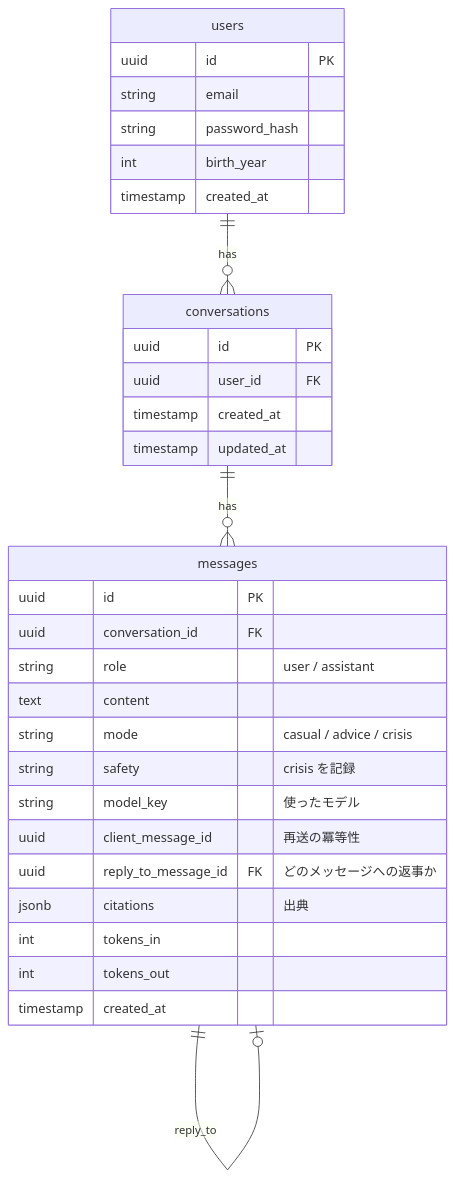
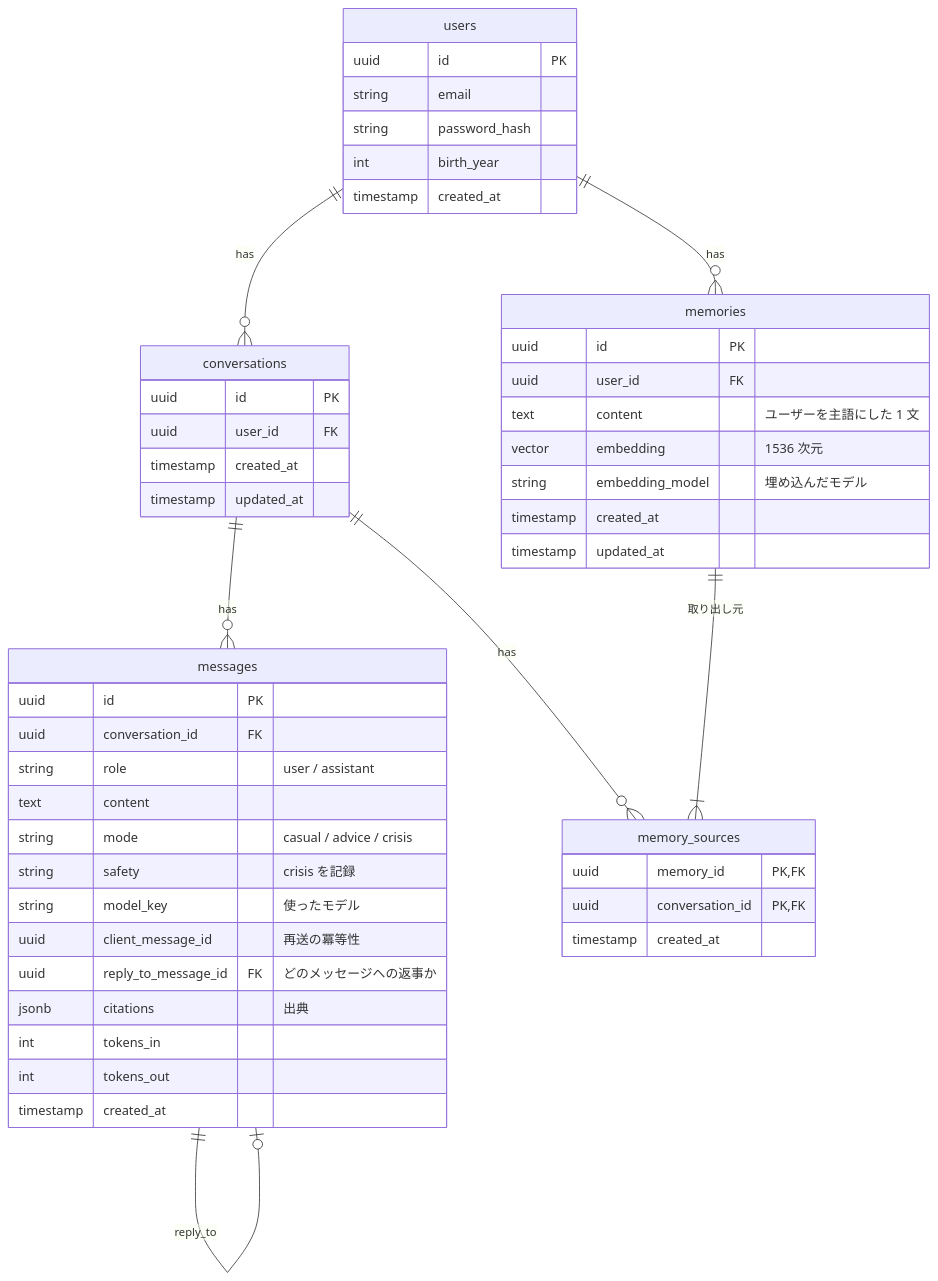
One commit to kuki1582/ai-lover-demo changed the second of 4 diagrams in README.md. Above: the diagram before and after it, drawn with Mermaid. The commit also changed other lines of this file, not shown here.

````diff
--- a/README.md
+++ b/README.md
@@ -71,35 +74,52 @@
 ```mermaid
 erDiagram
     users ||--o{ conversations : has
     conversations ||--o{ messages : has
     messages ||--o| messages : "reply_to"
+    users ||--o{ memories : has
+    memories ||--|{ memory_sources : "取り出し元"
+    conversations ||--o{ memory_sources : has
 
     users {
         uuid id PK
         string email
         string password_hash
         int birth_year
         timestamp created_at
     }
     conversations {
         uuid id PK
         uuid user_id FK
         timestamp created_at
         timestamp updated_at
     }
     messages {
         uuid id PK
         uuid conversation_id FK
         string role "user / assistant"
         text content
         string mode "casual / advice / crisis"
         string safety "crisis を記録"
         string model_key "使ったモデル"
         uuid client_message_id "再送の冪等性"
         uuid reply_to_message_id FK "どのメッセージへの返事か"
         jsonb citations "出典"
         int tokens_in
         int tokens_out
         timestamp created_at
     }
+    memories {
+        uuid id PK
+        uuid user_id FK
+        text content "ユーザーを主語にした 1 文"
+        vector embedding "1536 次元"
+        string embedding_model "埋め込んだモデル"
+        timestamp created_at
+        timestamp updated_at
+    }
+    memory_sources {
+        uuid memory_id PK,FK
+        uuid conversation_id PK,FK
+        timestamp created_at
+    }
 ```
````
